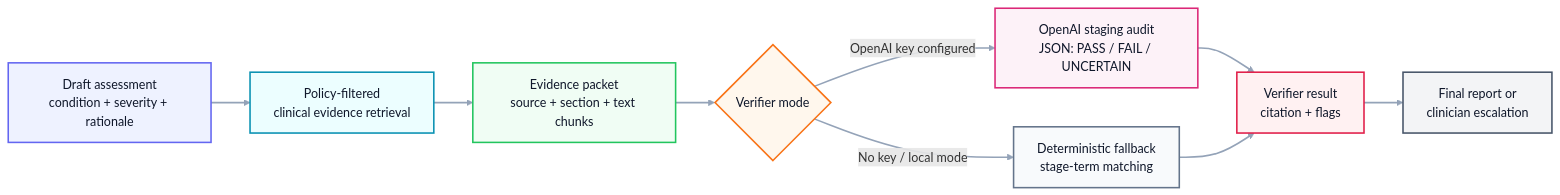
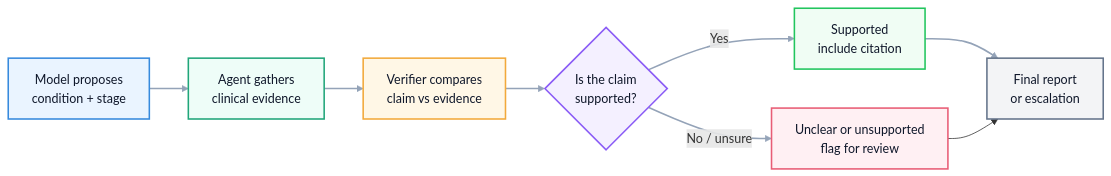
Before and after one commit to jxia622/WoundMind: the second of 2 diagrams in README.md, drawn with Mermaid. The commit also changed other lines of this file, not shown here.

Commit message:
Simplify verification agent graph

````diff
--- a/README.md
+++ b/README.md
@@ -60,28 +60,23 @@
 ```mermaid
 flowchart LR
-    A["Draft assessment<br/>condition + severity + rationale"]:::draft
-    B["Policy-filtered<br/>clinical evidence retrieval"]:::retrieve
-    C["Evidence packet<br/>source + section + text chunks"]:::evidence
-    D{"Verifier mode"}:::decision
-    E["OpenAI staging audit<br/>JSON: PASS / FAIL / UNCERTAIN"]:::llm
-    F["Deterministic fallback<br/>stage-term matching"]:::local
-    G["Verifier result<br/>citation + flags"]:::result
-    H["Final report or<br/>clinician escalation"]:::output
+    A["Model proposes<br/>condition + stage"]:::claim
+    B["Agent gathers<br/>clinical evidence"]:::evidence
+    C["Verifier compares<br/>claim vs evidence"]:::compare
+    D{"Is the claim<br/>supported?"}:::decision
+    E["Supported<br/>include citation"]:::pass
+    F["Unclear or unsupported<br/>flag for review"]:::warn
+    G["Final report<br/>or escalation"]:::output
 
     A --> B --> C --> D
-    D -->|OpenAI key configured| E
-    D -->|No key / local mode| F
-    E --> G
-    F --> G
-    G --> H
+    D -->|Yes| E --> G
+    D -->|No / unsure| F --> G
 
-    classDef draft fill:#eef2ff,stroke:#6366f1,stroke-width:2px,color:#0f172a;
-    classDef retrieve fill:#ecfeff,stroke:#0891b2,stroke-width:2px,color:#0f172a;
-    classDef evidence fill:#f0fdf4,stroke:#22c55e,stroke-width:2px,color:#0f172a;
-    classDef decision fill:#fff7ed,stroke:#f97316,stroke-width:2px,color:#0f172a;
-    classDef llm fill:#fdf2f8,stroke:#db2777,stroke-width:2px,color:#0f172a;
-    classDef local fill:#f8fafc,stroke:#64748b,stroke-width:2px,color:#0f172a;
-    classDef result fill:#fff1f2,stroke:#e11d48,stroke-width:2px,color:#0f172a;
-    classDef output fill:#f3f4f6,stroke:#475569,stroke-width:2px,color:#0f172a;
-    linkStyle 0,1,2,3,4,5,6,7 stroke:#94a3b8,stroke-width:2px;
+    classDef claim fill:#eaf4ff,stroke:#378add,stroke-width:2px,color:#0f172a;
+    classDef evidence fill:#eefdf8,stroke:#21a67a,stroke-width:2px,color:#0f172a;
+    classDef compare fill:#fff7e6,stroke:#f2a93b,stroke-width:2px,color:#0f172a;
+    classDef decision fill:#f4f0ff,stroke:#8b5cf6,stroke-width:2px,color:#0f172a;
+    classDef pass fill:#f0fdf4,stroke:#22c55e,stroke-width:2px,color:#0f172a;
+    classDef warn fill:#fff0f3,stroke:#e85d75,stroke-width:2px,color:#0f172a;
+    classDef output fill:#f3f4f6,stroke:#64748b,stroke-width:2px,color:#0f172a;
+    linkStyle 0,1,2,3,4,5 stroke:#94a3b8,stroke-width:2px;
 ```
````
